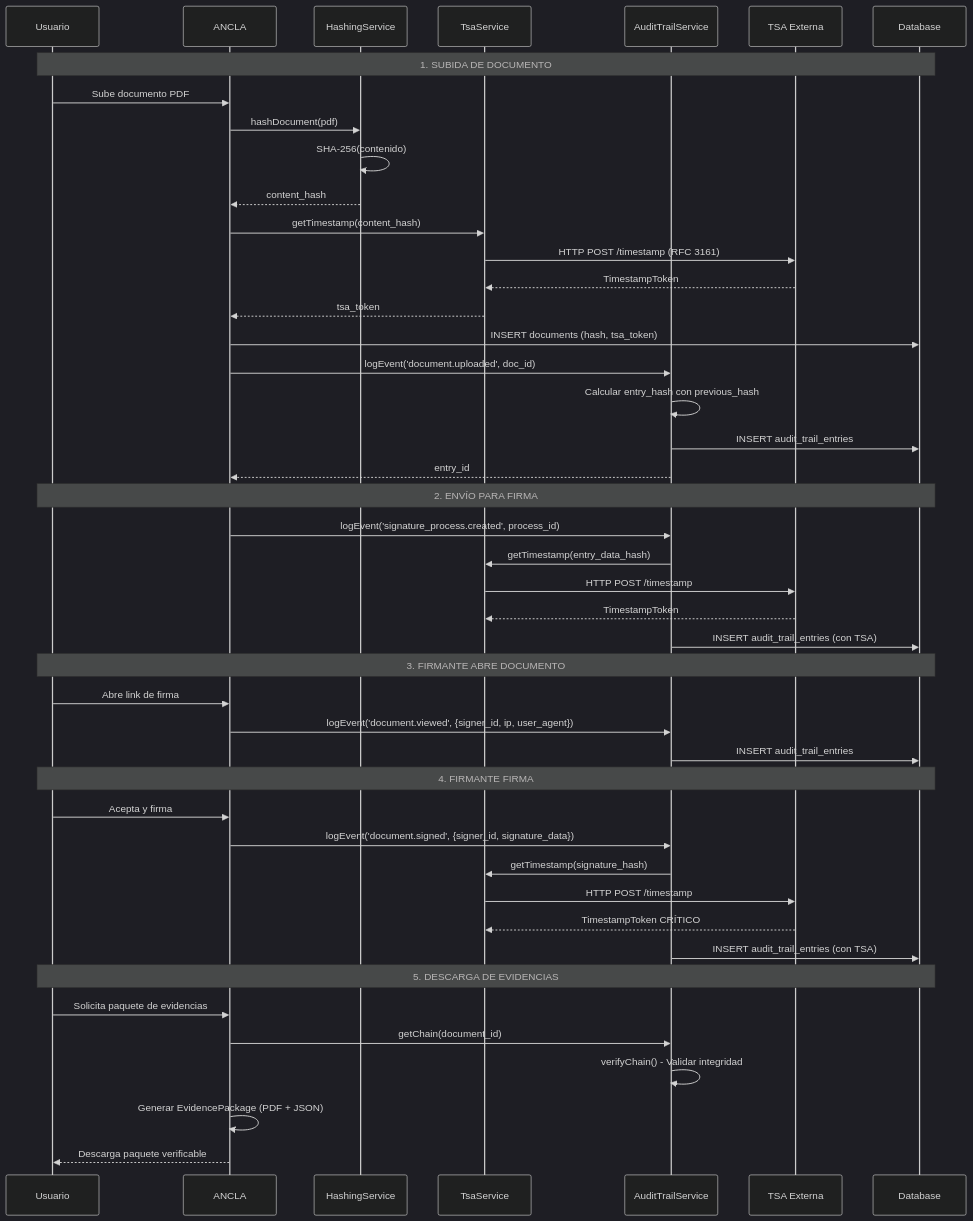
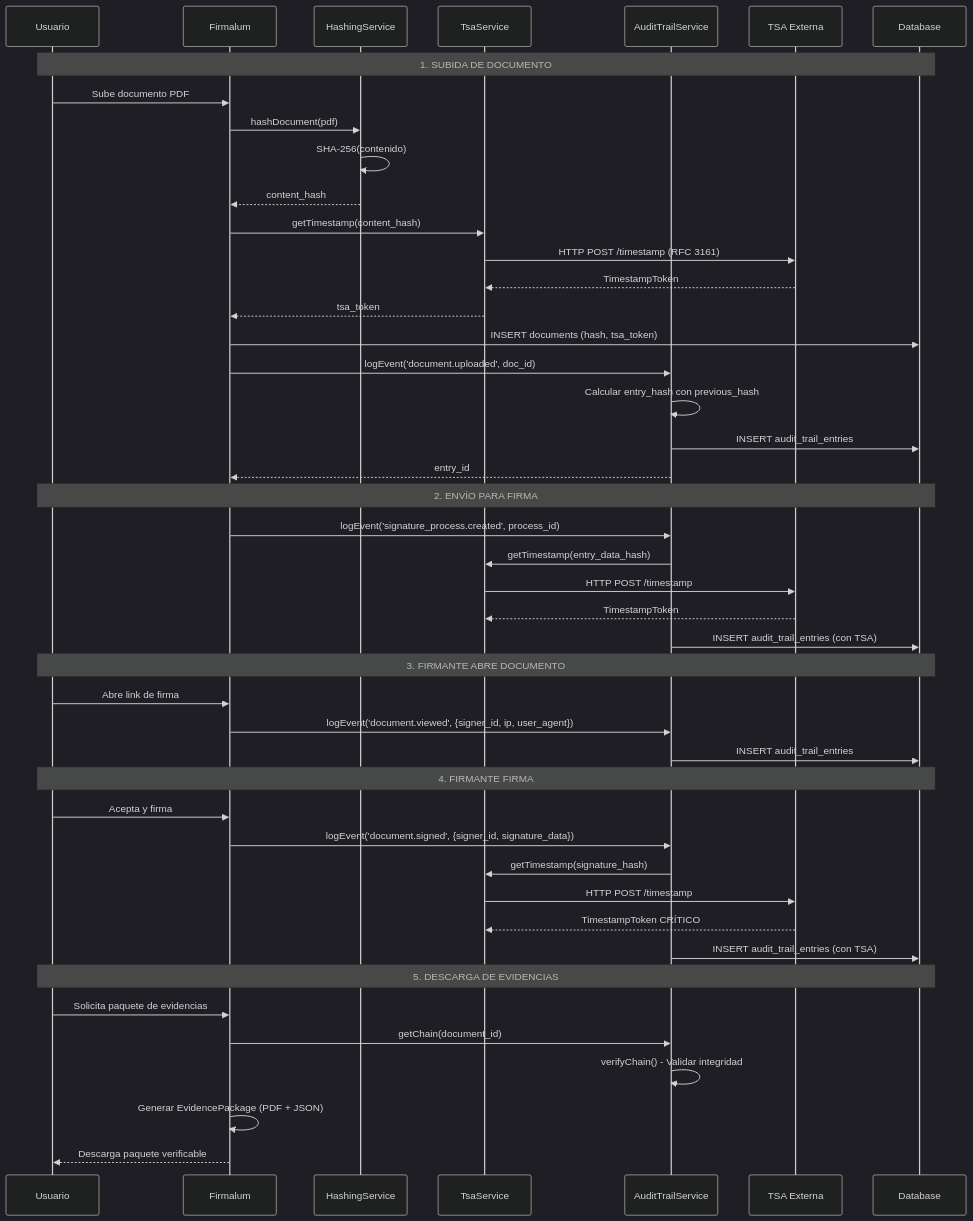
The fifth of 6 diagrams in docs/architecture/decisions.md (robertorubioes/ancla), drawn with Mermaid (dark theme) before and after one commit. The commit also changed other lines of this file and 123 other files, not shown here.

First line of the commit message:
chore: rename ANCLA to Firmalum and fix migration order

````diff
--- a/docs/architecture/decisions.md
+++ b/docs/architecture/decisions.md
@@ -2395,52 +2395,52 @@
 ```mermaid
 sequenceDiagram
     participant U as Usuario
-    participant A as ANCLA
+    participant A as Firmalum
     participant HS as HashingService
     participant TS as TsaService
     participant AT as AuditTrailService
     participant TSA as TSA Externa
     participant DB as Database
 
     Note over U,DB: 1. SUBIDA DE DOCUMENTO
     U->>A: Sube documento PDF
     A->>HS: hashDocument(pdf)
     HS->>HS: SHA-256(contenido)
     HS-->>A: content_hash
     A->>TS: getTimestamp(content_hash)
     TS->>TSA: HTTP POST /timestamp (RFC 3161)
     TSA-->>TS: TimestampToken
     TS-->>A: tsa_token
     A->>DB: INSERT documents (hash, tsa_token)
     A->>AT: logEvent('document.uploaded', doc_id)
     AT->>AT: Calcular entry_hash con previous_hash
     AT->>DB: INSERT audit_trail_entries
     AT-->>A: entry_id
 
     Note over U,DB: 2. ENVÍO PARA FIRMA
     A->>AT: logEvent('signature_process.created', process_id)
     AT->>TS: getTimestamp(entry_data_hash)
     TS->>TSA: HTTP POST /timestamp
     TSA-->>TS: TimestampToken
     AT->>DB: INSERT audit_trail_entries (con TSA)
 
     Note over U,DB: 3. FIRMANTE ABRE DOCUMENTO
     U->>A: Abre link de firma
     A->>AT: logEvent('document.viewed', {signer_id, ip, user_agent})
     AT->>DB: INSERT audit_trail_entries
 
     Note over U,DB: 4. FIRMANTE FIRMA
     U->>A: Acepta y firma
     A->>AT: logEvent('document.signed', {signer_id, signature_data})
     AT->>TS: getTimestamp(signature_hash)
     TS->>TSA: HTTP POST /timestamp
     TSA-->>TS: TimestampToken CRÍTICO
     AT->>DB: INSERT audit_trail_entries (con TSA)
 
     Note over U,DB: 5. DESCARGA DE EVIDENCIAS
     U->>A: Solicita paquete de evidencias
     A->>AT: getChain(document_id)
     AT->>AT: verifyChain() - Validar integridad
     A->>A: Generar EvidencePackage (PDF + JSON)
     A-->>U: Descarga paquete verificable
 ```
````
